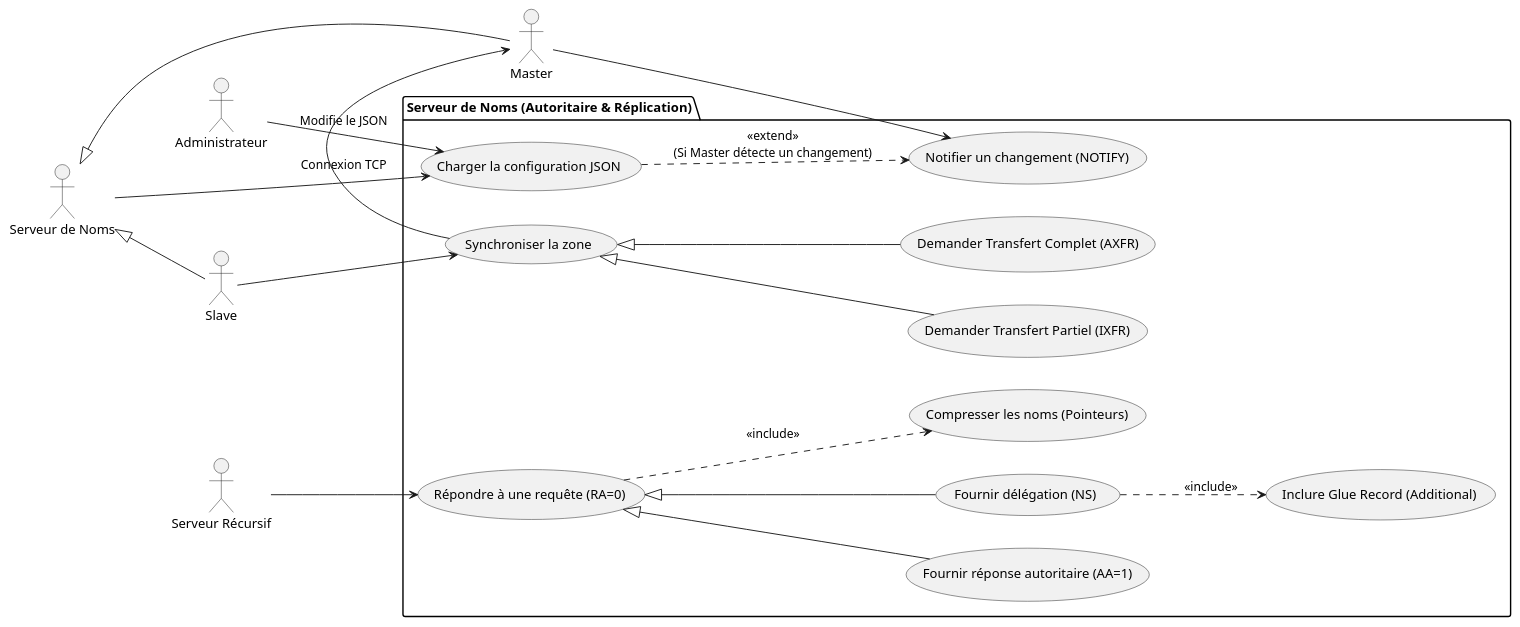
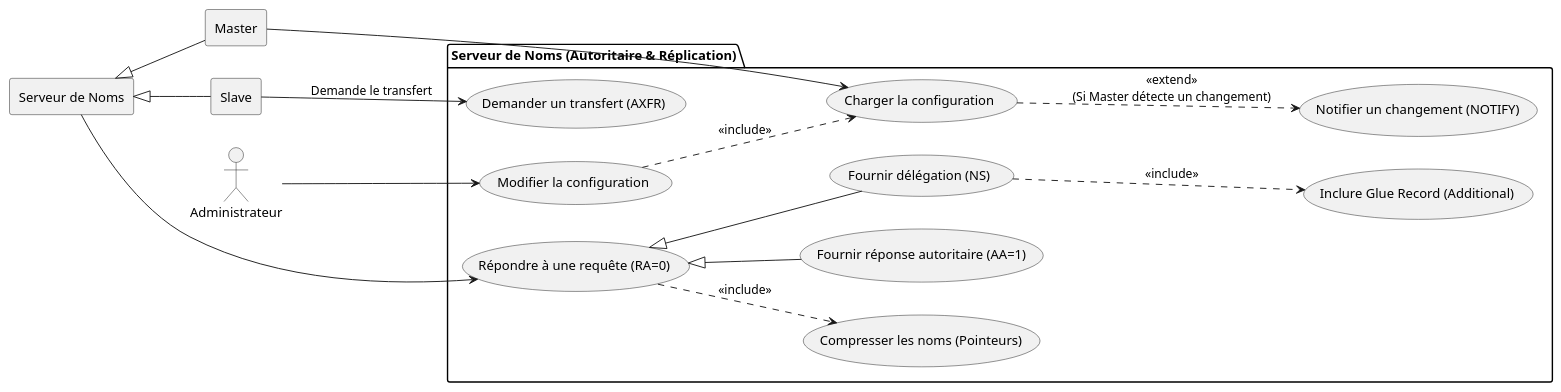
Before and after one commit to StSvedar/padr-DNS: the diagram in doc/schemas/usecase3_name_server.plantuml, drawn with PlantUML. The commit also changed 13 other files, not shown here.

Commit message:
note iag et rev schemas

```diff
--- a/doc/schemas/usecase3_name_server.plantuml
+++ b/doc/schemas/usecase3_name_server.plantuml
@@ -1,60 +1,43 @@
 @startuml
 left to right direction
 
 
 actor "Administrateur" as Admin
-actor "Serveur Récursif" as Resolver
 
-' Définition des rôles
-actor "Master" as Master
-actor "Slave" as Slave
-actor "Serveur de Noms" as NS
+agent "Master" as Master
+agent "Slave" as Slave
+agent "Serveur de Noms" as NS
 
 Master -up-|> NS
 Slave -up-|> NS
 
 package "Serveur de Noms (Autoritaire & Réplication)" {
 
-  ' ==================
-  ' PARTIE RÉSOLUTION
-  ' ==================
   usecase "Répondre à une requête (RA=0)" as UC_Respond
   usecase "Fournir réponse autoritaire (AA=1)" as UC_Auth
   usecase "Fournir délégation (NS)" as UC_Deleg
   usecase "Inclure Glue Record (Additional)" as UC_Glue
   usecase "Compresser les noms (Pointeurs)" as UC_Compress
 
-  ' Le Résolveur interroge le Name Server générique
-  Resolver --> UC_Respond
+  NS --> UC_Respond
   UC_Respond ..> UC_Compress : <<include>>
   
   UC_Auth -up-|> UC_Respond
   UC_Deleg -up-|> UC_Respond
   UC_Deleg ..> UC_Glue : <<include>>
 
-  ' ==================
-  ' PARTIE RÉPLICATION
-  ' ==================
-  usecase "Charger la configuration JSON" as UC_Load
+  usecase "Modifier la configuration" as UC_Modify
+  usecase "Charger la configuration" as UC_Load
   usecase "Notifier un changement (NOTIFY)" as UC_Notify
-  usecase "Synchroniser la zone" as UC_Sync
-  usecase "Demander Transfert Complet (AXFR)" as UC_AXFR
-  usecase "Demander Transfert Partiel (IXFR)" as UC_IXFR
+  usecase "Demander un transfert (AXFR)" as UC_AXFR
 
-  ' Comportement commun
-  NS --> UC_Load
+  Master --> UC_Load
 
-  ' Actions de l'Admin et du Master
-  Admin --> UC_Load : "Modifie le JSON"
   UC_Load ..> UC_Notify : <<extend>>\n(Si Master détecte un changement)
-  Master --> UC_Notify
   
-  ' Actions du Slave
-  Slave --> UC_Sync
-  UC_AXFR -up-|> UC_Sync
-  UC_IXFR -up-|> UC_Sync
-  
-  ' Le Slave s'adresse au Master
-  UC_Sync --> Master : "Connexion TCP"
+  Admin --> UC_Modify
+  UC_Modify ..> UC_Load : <<include>>
+
+  Slave --> UC_AXFR : "Demande le transfert"
 }
 @enduml
```
